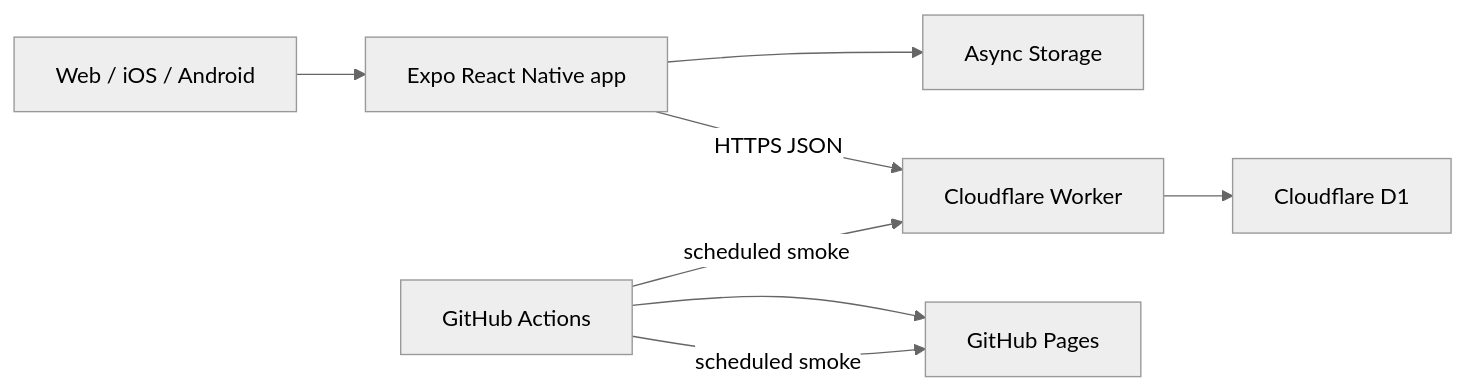
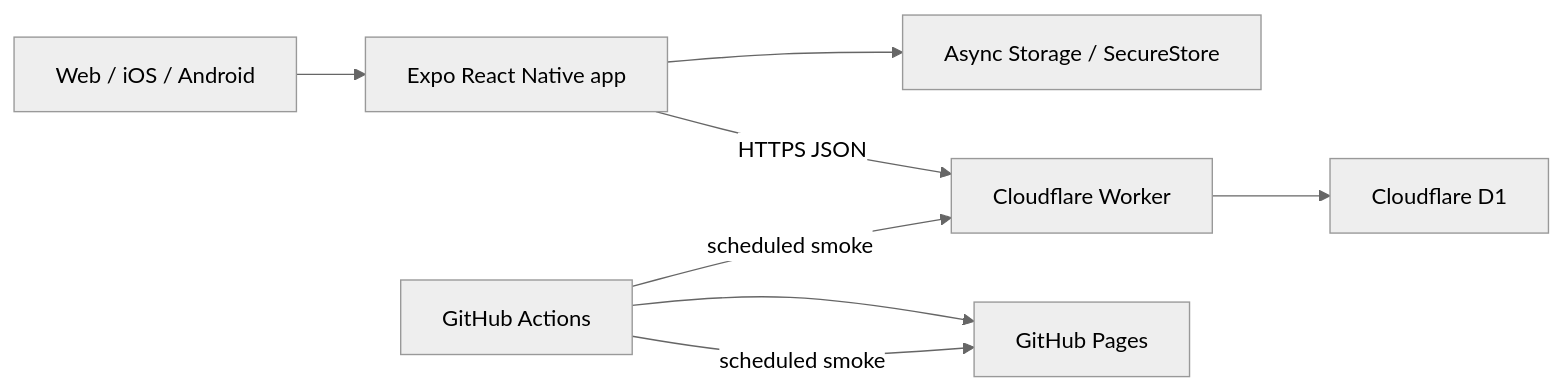
The diagram in ARCHITECTURE.md (toyo1621/StrawberryApp), drawn with Mermaid (neutral theme) before and after one commit. The commit also changed other lines of this file and 57 other files, not shown here.

````diff
--- a/ARCHITECTURE.md
+++ b/ARCHITECTURE.md
@@ -5,10 +5,10 @@
 ```mermaid
 flowchart LR
   U["Web / iOS / Android"] --> A["Expo React Native app"]
-  A --> L["Async Storage"]
+  A --> L["Async Storage / SecureStore"]
   A -->|"HTTPS JSON"| W["Cloudflare Worker"]
   W --> D["Cloudflare D1"]
   G["GitHub Actions"] --> P["GitHub Pages"]
   G -->|"scheduled smoke"| P
   G -->|"scheduled smoke"| W
 ```
````
